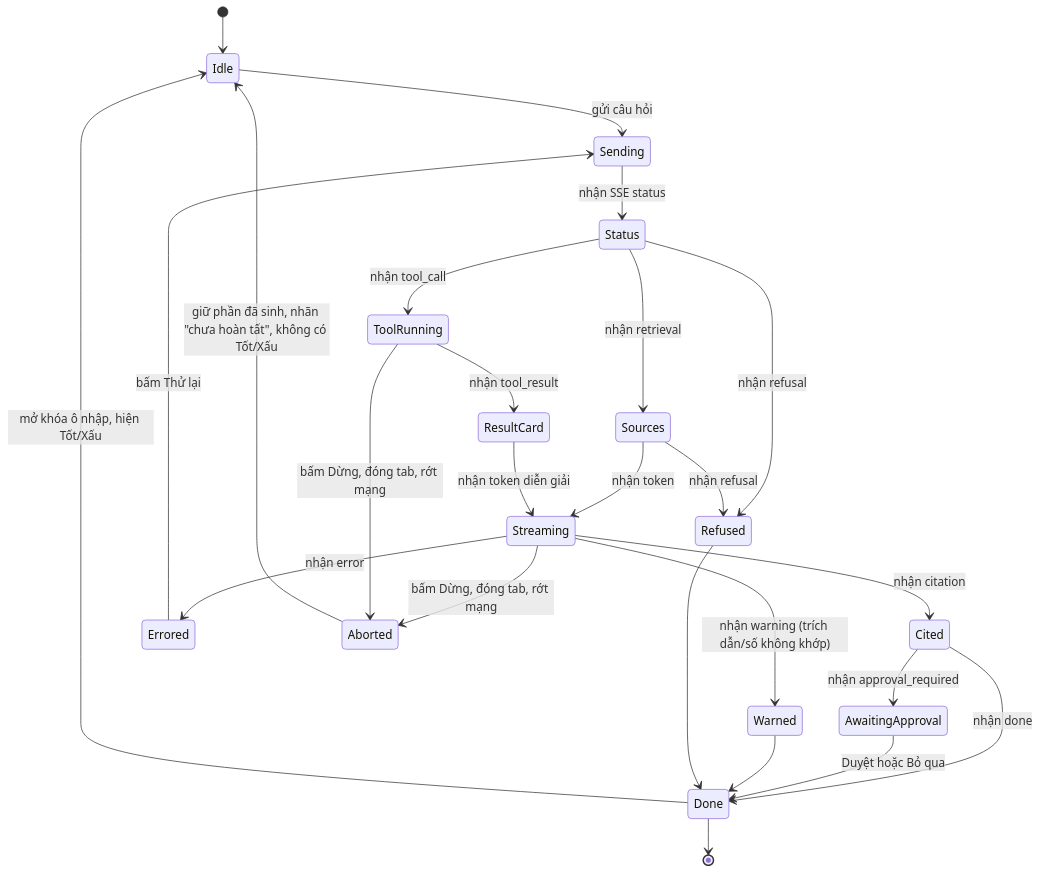
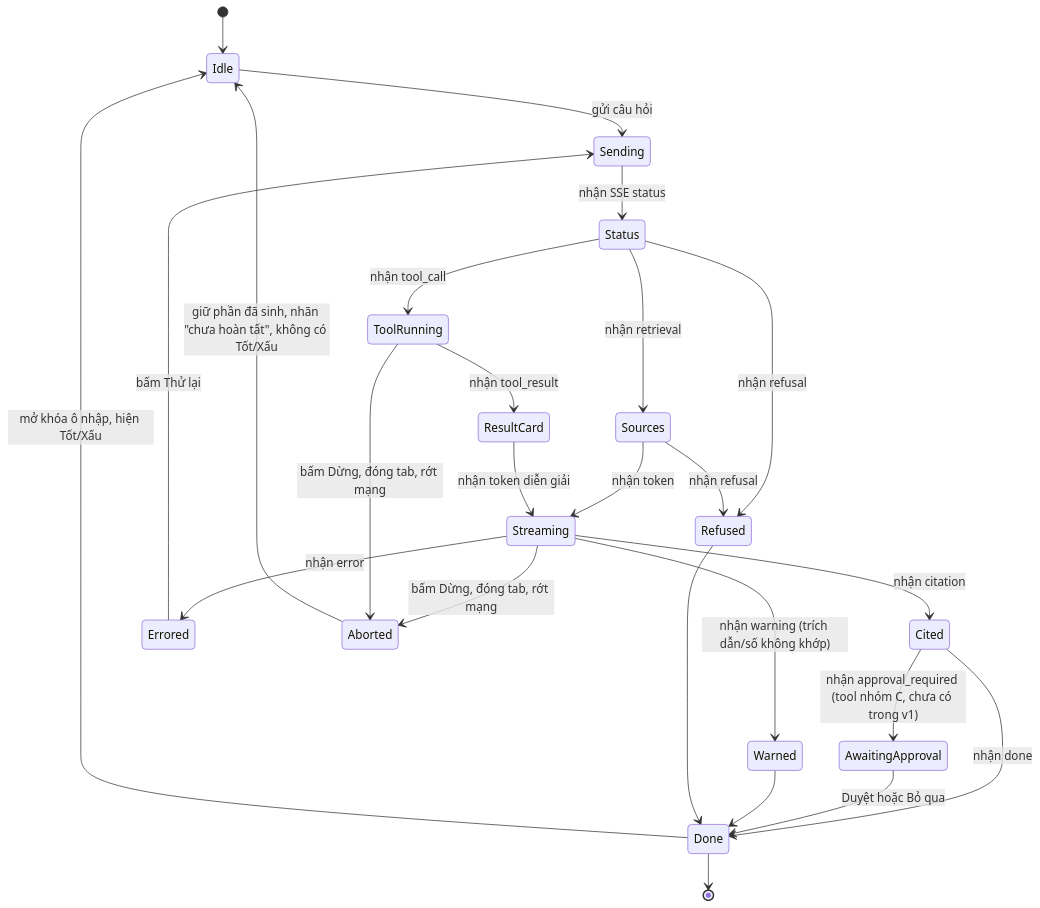
One commit to vdloc/vfstructures-ai-solution changed the third of 6 diagrams in ship/07-giao-dien.md. Above: the diagram before and after it, drawn with Mermaid. The commit also changed 54 other files, not shown here.

First line of the commit message:
docs: sync flow page and ship set with AD-28/AD-29, add citations

````diff
--- a/ship/07-giao-dien.md
+++ b/ship/07-giao-dien.md
@@ -120,27 +120,27 @@
 ```mermaid
 stateDiagram-v2
  [*] --> Idle
  Idle --> Sending: gửi câu hỏi
  Sending --> Status: nhận SSE status
  Status --> Sources: nhận retrieval
  Sources --> Streaming: nhận token
  Status --> Refused: nhận refusal
  Sources --> Refused: nhận refusal
  Status --> ToolRunning: nhận tool_call
  ToolRunning --> ResultCard: nhận tool_result
  ResultCard --> Streaming: nhận token diễn giải
  Streaming --> Cited: nhận citation
- Cited --> AwaitingApproval: nhận approval_required
+ Cited --> AwaitingApproval: nhận approval_required (tool nhóm C, chưa có trong v1)
  Cited --> Done: nhận done
  AwaitingApproval --> Done: Duyệt hoặc Bỏ qua
  Streaming --> Warned: nhận warning (trích dẫn/số không khớp)
  Warned --> Done
  Streaming --> Errored: nhận error
  Errored --> Sending: bấm Thử lại
  Streaming --> Aborted: bấm Dừng, đóng tab, rớt mạng
  ToolRunning --> Aborted: bấm Dừng, đóng tab, rớt mạng
  Aborted --> Idle: giữ phần đã sinh, nhãn "chưa hoàn tất", không có Tốt/Xấu
  Refused --> Done
  Done --> Idle: mở khóa ô nhập, hiện Tốt/Xấu
  Done --> [*]
 ```
````
